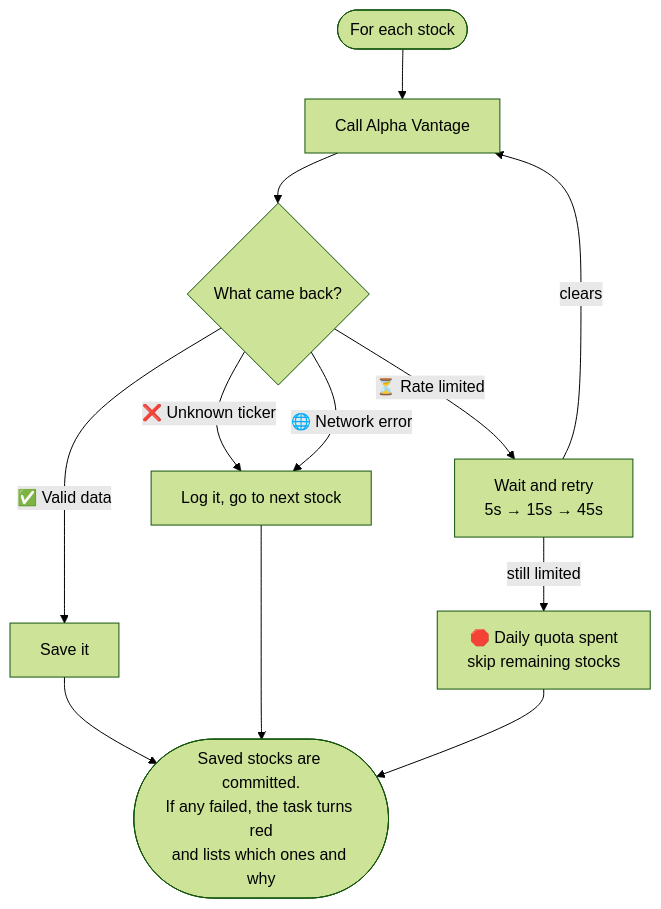
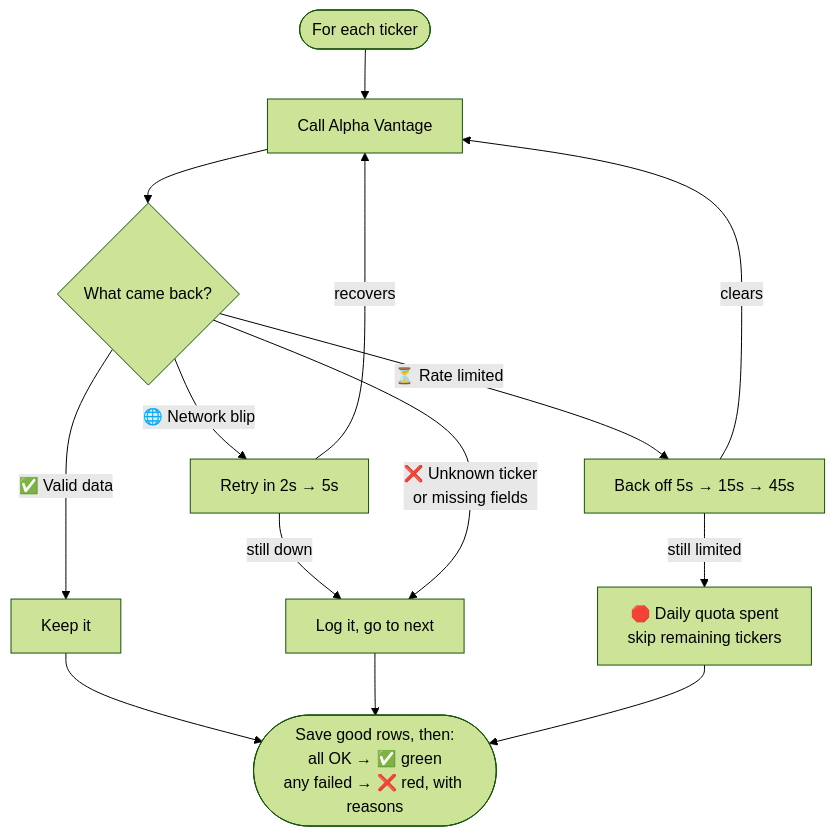
Before and after one commit to kazuma761/Stock-market: the fifth of 5 diagrams in README.md, drawn with Mermaid (forest theme). The commit also changed other lines of this file and 14 other files, not shown here.

````diff
--- a/README.md
+++ b/README.md
@@ -187,14 +282,16 @@
 ```mermaid
 flowchart TD
-    Start(["For each stock"]) --> Call["Call Alpha Vantage"]
+    Start(["For each ticker"]) --> Call["Call Alpha Vantage"]
     Call --> Q{"What came back?"}
-    Q -->|"✅ Valid data"| Save["Save it"]
-    Q -->|"⏳ Rate limited"| Wait["Wait and retry<br/>5s → 15s → 45s"]
+    Q -->|"✅ Valid data"| Save["Keep it"]
+    Q -->|"🌐 Network blip"| Net["Retry in 2s → 5s"]
+    Net -->|"recovers"| Call
+    Net -->|"still down"| Skip
+    Q -->|"⏳ Rate limited"| Wait["Back off 5s → 15s → 45s"]
     Wait -->|"clears"| Call
-    Wait -->|"still limited"| Stop["🛑 Daily quota spent<br/>skip remaining stocks"]
-    Q -->|"❌ Unknown ticker"| Skip["Log it, go to next stock"]
-    Q -->|"🌐 Network error"| Skip
-    Save --> End(["Saved stocks are committed.<br/>If any failed, the task turns red<br/>and lists which ones and why"])
+    Wait -->|"still limited"| Stop["🛑 Daily quota spent<br/>skip remaining tickers"]
+    Q -->|"❌ Unknown ticker<br/>or missing fields"| Skip["Log it, go to next"]
+    Save --> End(["Save good rows, then:<br/>all OK → ✅ green<br/>any failed → ❌ red, with reasons"])
     Skip --> End
     Stop --> End
 ```
````
